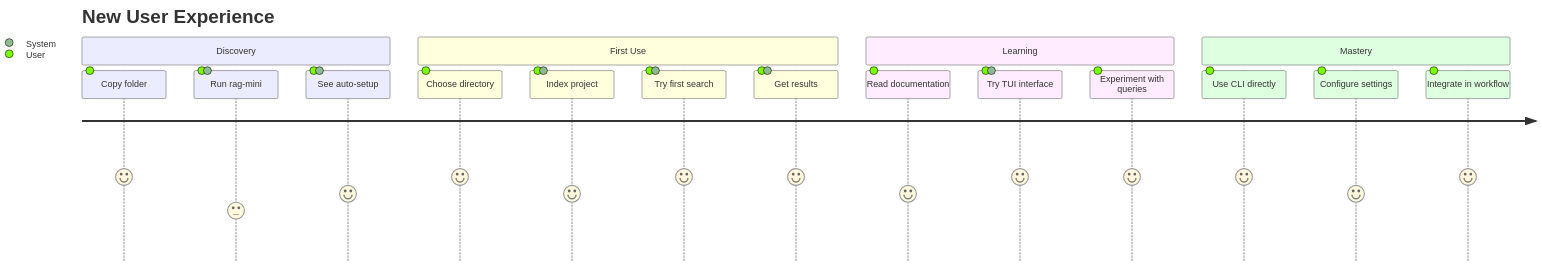
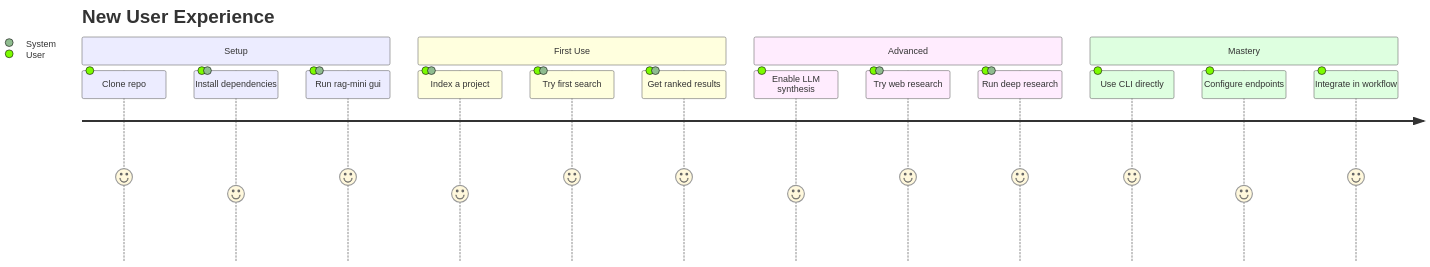
Before and after one commit to FSSCoding/Fss-Mini-Rag: the second of 9 diagrams in docs/DIAGRAMS.md, drawn with Mermaid. The commit also changed other lines of this file and 17 other files, not shown here.

````diff
--- a/docs/DIAGRAMS.md
+++ b/docs/DIAGRAMS.md
@@ -70,21 +70,20 @@
 ```mermaid
 journey
     title New User Experience
-    section Discovery
-      Copy folder: 5: User
-      Run rag-mini: 3: User, System
-      See auto-setup: 4: User, System
+    section Setup
+      Clone repo: 5: User
+      Install dependencies: 4: User, System
+      Run rag-mini gui: 5: User, System
     section First Use
-      Choose directory: 5: User
-      Index project: 4: User, System
+      Index a project: 4: User, System
       Try first search: 5: User, System
-      Get results: 5: User, System
-    section Learning
-      Read documentation: 4: User
-      Try TUI interface: 5: User, System
-      Experiment with queries: 5: User
+      Get ranked results: 5: User, System
+    section Advanced
+      Enable LLM synthesis: 4: User
+      Try web research: 5: User, System
+      Run deep research: 5: User, System
     section Mastery
       Use CLI directly: 5: User
-      Configure settings: 4: User
+      Configure endpoints: 4: User
       Integrate in workflow: 5: User
 ```
````
